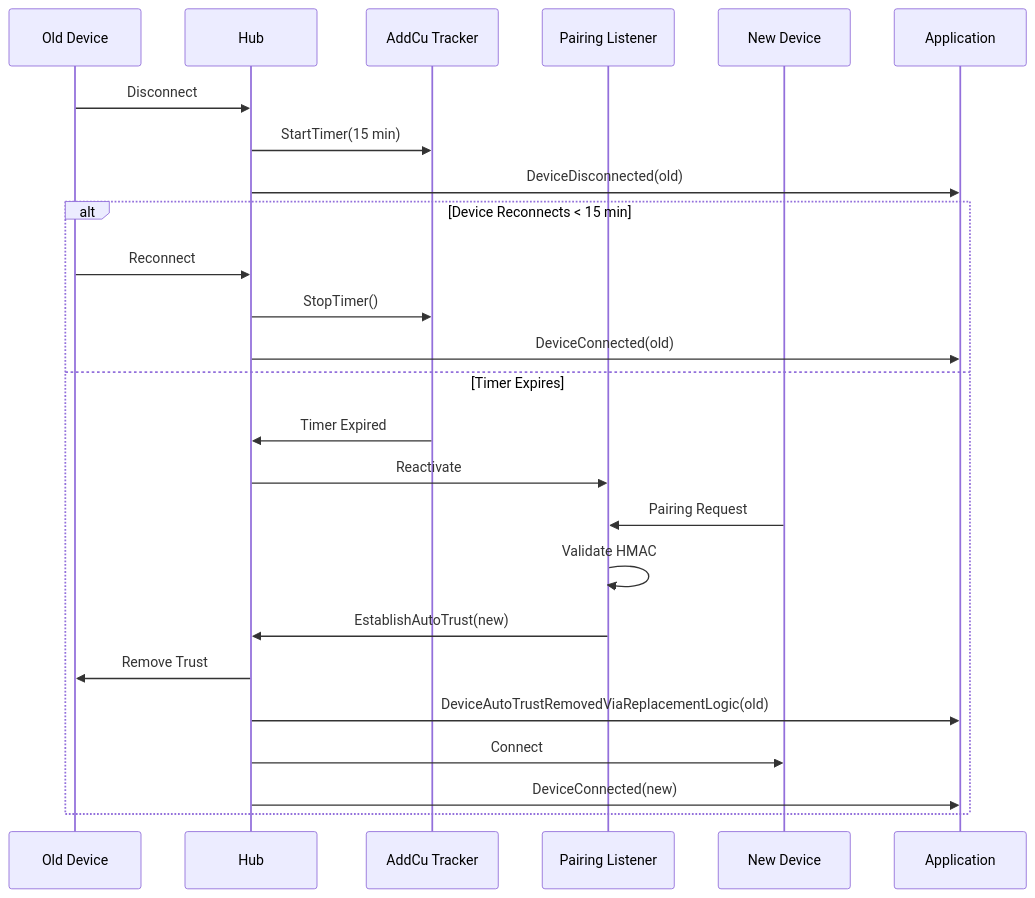
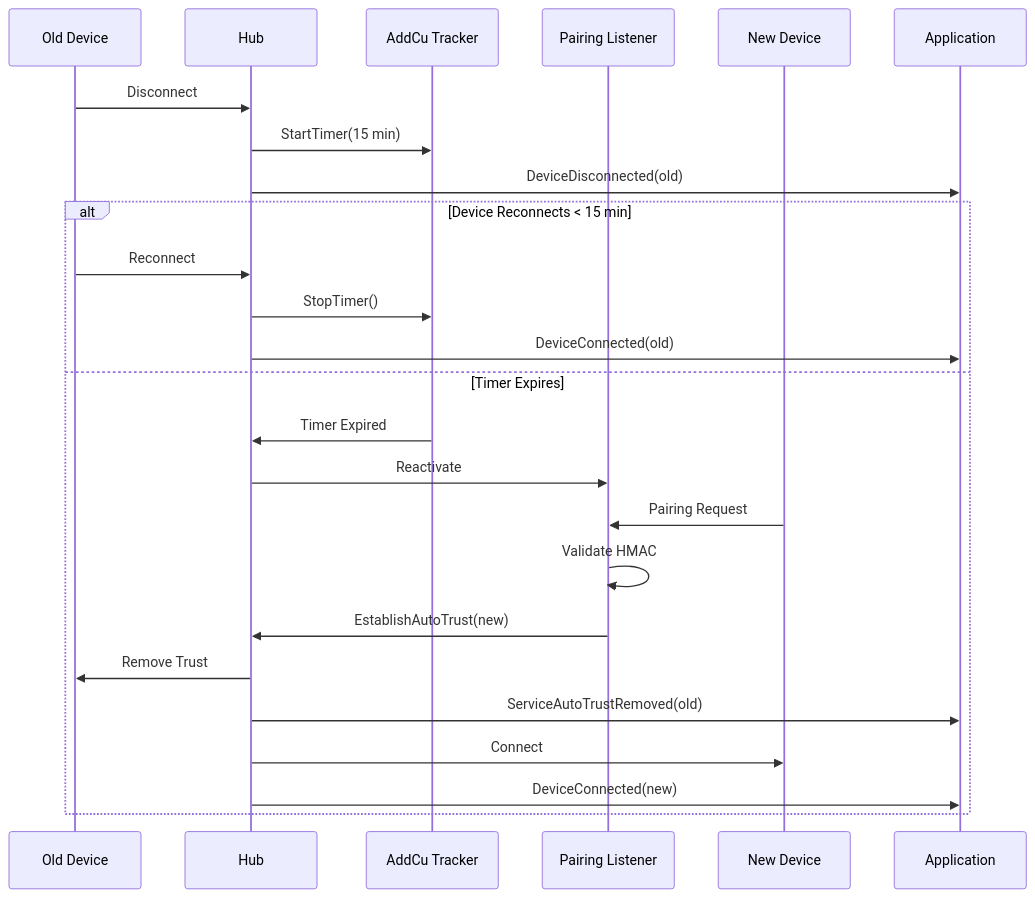
Before and after one commit to enbility/ship-go: the fifth of 6 diagrams in ARCHITECTURE_SHIPPAIRING.md, drawn with Mermaid. The commit also changed other lines of this file and 57 other files, not shown here.

````diff
--- a/ARCHITECTURE_SHIPPAIRING.md
+++ b/ARCHITECTURE_SHIPPAIRING.md
@@ -785,30 +796,30 @@
 ```mermaid
 sequenceDiagram
     participant Old as Old Device
     participant Hub
     participant Tracker as AddCu Tracker
     participant Listener as Pairing Listener
     participant New as New Device
     participant App as Application
     
     Old->>Hub: Disconnect
     Hub->>Tracker: StartTimer(15 min)
     Hub->>App: DeviceDisconnected(old)
     
     alt Device Reconnects < 15 min
         Old->>Hub: Reconnect
         Hub->>Tracker: StopTimer()
         Hub->>App: DeviceConnected(old)
     else Timer Expires
         Tracker->>Hub: Timer Expired
         Hub->>Listener: Reactivate
         
         New->>Listener: Pairing Request
         Listener->>Listener: Validate HMAC
         Listener->>Hub: EstablishAutoTrust(new)
         Hub->>Old: Remove Trust
-        Hub->>App: DeviceAutoTrustRemovedViaReplacementLogic(old)
+        Hub->>App: ServiceAutoTrustRemoved(old)
         Hub->>New: Connect
         Hub->>App: DeviceConnected(new)
     end
 ```
````
